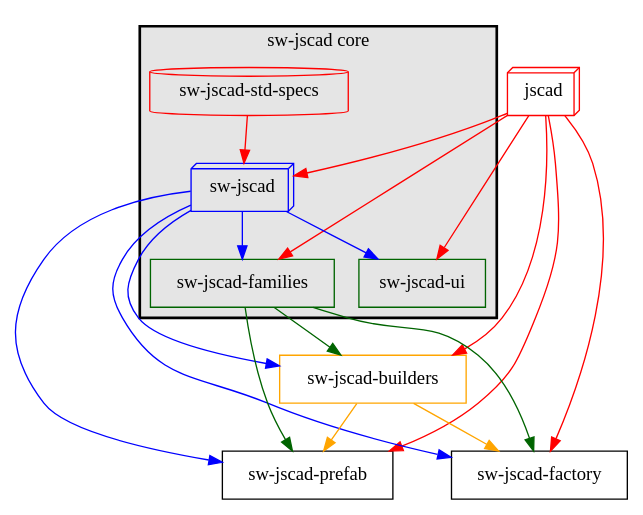
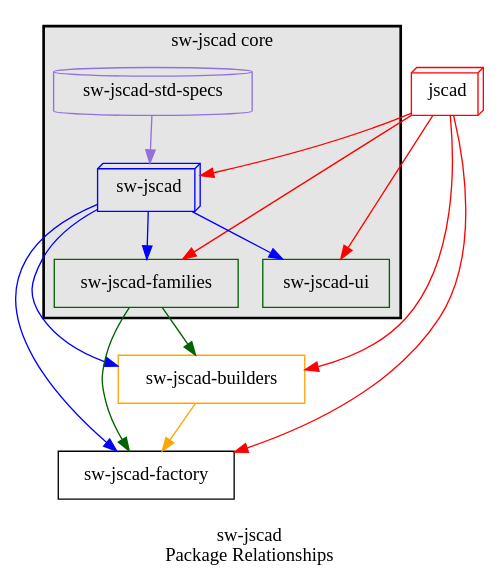
One commit to salvador-workshop/sw-jscad-std-specs changed the diagram in static/design/system.dot. Above: the diagram before and after it, drawn with Graphviz. The commit also changed 2 other files, not shown here.

```diff
--- a/static/design/system.dot
+++ b/static/design/system.dot
@@ -1,47 +1,44 @@
 digraph {
+    label = "\nsw-jscad\nPackage Relationships";
     node [shape = box;];
     
     jscad -> swJscad [color = red;];
     
     subgraph cluster_0 {
         label = "sw-jscad core";
         color = black;
         bgcolor = grey90;
         penwidth = 2;
+        node [bgcolor = white;];
         
-        swJscadStdSpecs -> swJscad [color = red;];
+        swJscadStdSpecs -> swJscad [color = mediumpurple;];
         
         swJscad -> swJscadUi [color = blue;];
         swJscad -> swJscadFamilies [color = blue;];
     }
     
     jscad -> swJscadUi [color = red;];
     jscad -> swJscadFamilies [color = red;];
     jscad -> swJscadBuilders [color = red;];
     jscad -> swJscadFactory [color = red;];
-    jscad -> swJscadPrefab [color = red;];
     
     swJscad -> swJscadBuilders [color = blue;];
     swJscad -> swJscadFactory [color = blue;];
-    swJscad -> swJscadPrefab [color = blue;];
     
     swJscadFamilies -> swJscadBuilders [color = darkgreen;];
     swJscadFamilies -> swJscadFactory [color = darkgreen;];
-    swJscadFamilies -> swJscadPrefab [color = darkgreen;];
     
     swJscadBuilders -> swJscadFactory [color = orange;];
-    swJscadBuilders -> swJscadPrefab [color = orange;];
     
     jscad [shape = box3d;color = red;];
-    swJscadStdSpecs [shape = cylinder;label = "sw-jscad-std-specs";color = red;];
+    swJscadStdSpecs [shape = cylinder;label = "sw-jscad-std-specs";color = mediumpurple;];
     
     swJscad [shape = box3d;label = "sw-jscad";color = blue;];
     
     swJscadUi [label = "sw-jscad-ui";color = darkgreen;];
     swJscadFamilies [label = "sw-jscad-families";color = darkgreen;];
     
     swJscadBuilders [label = "sw-jscad-builders";color = orange;];
     
     swJscadFactory [label = "sw-jscad-factory";];
-    swJscadPrefab [label = "sw-jscad-prefab";];
 }
```
